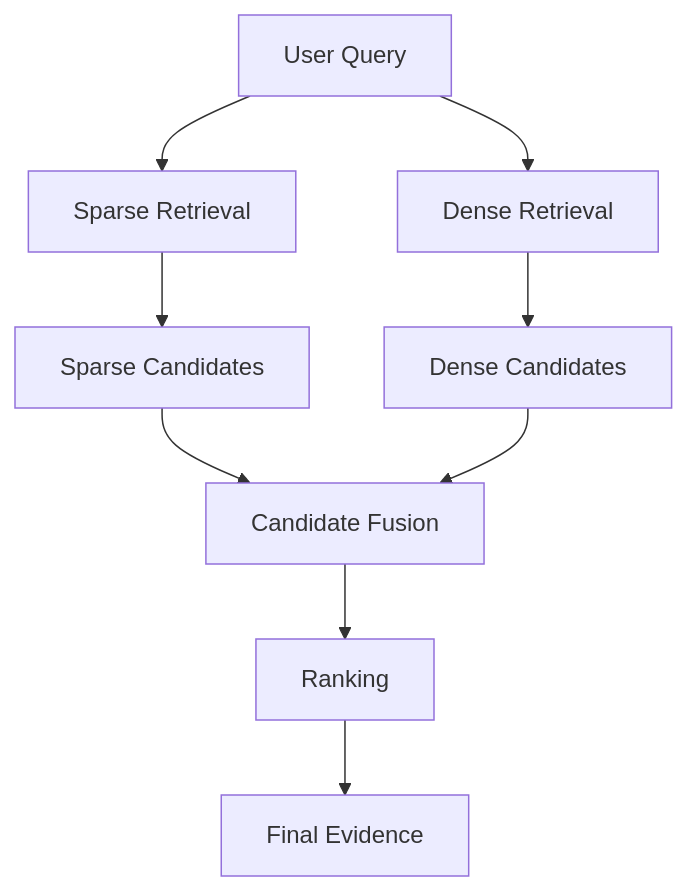
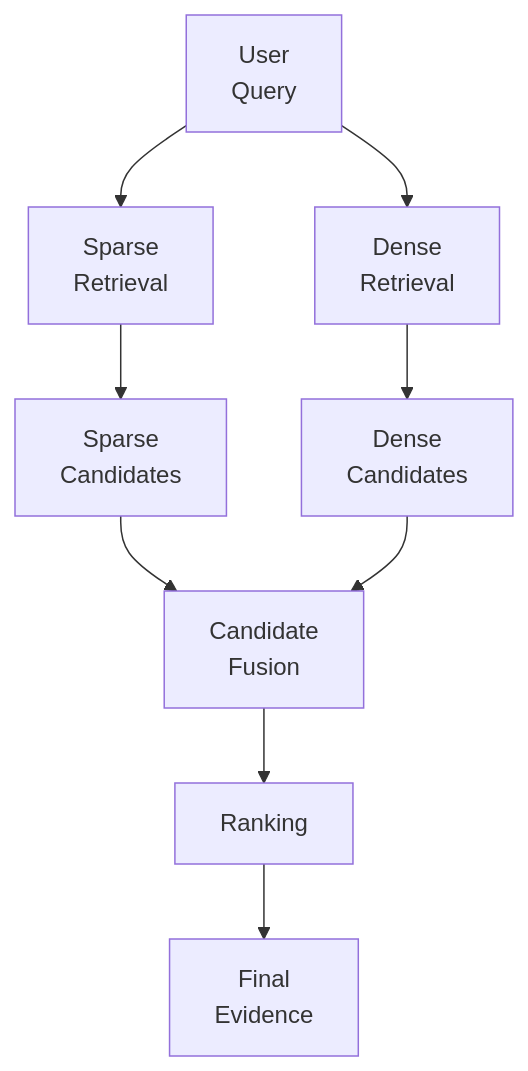
One commit to MihirKJha/enterprise-ai-blog changed the first of 14 diagrams in docs/architecture-insights/genai-and-rag/3.4_engineering_hybrid_retrieval_sparse_dense.md. Above: the diagram before and after it, drawn with Mermaid. The commit also changed other lines of this file, not shown here.

First line of the commit message:
Updated 3.5_architecting_multi_stage_retrieval_from_recall_to_precision.md

````diff
--- a/docs/architecture-insights/genai-and-rag/3.4_engineering_hybrid_retrieval_sparse_dense.md
+++ b/docs/architecture-insights/genai-and-rag/3.4_engineering_hybrid_retrieval_sparse_dense.md
@@ -32,11 +32,11 @@
 ```mermaid
 graph TD
-    Q[User Query] --> S[Sparse Retrieval]
-    Q --> D[Dense Retrieval]
-    S --> SF[Sparse Candidates]
-    D --> DF[Dense Candidates]
-    SF --> F[Candidate Fusion]
+    Q[User<br/>Query] --> S[Sparse<br/>Retrieval]
+    Q --> D[Dense<br/>Retrieval]
+    S --> SF[Sparse<br/>Candidates]
+    D --> DF[Dense<br/>Candidates]
+    SF --> F[Candidate<br/>Fusion]
     DF --> F
     F --> R[Ranking]
-    R --> E[Final Evidence]
+    R --> E[Final<br/>Evidence]
 ```
````
